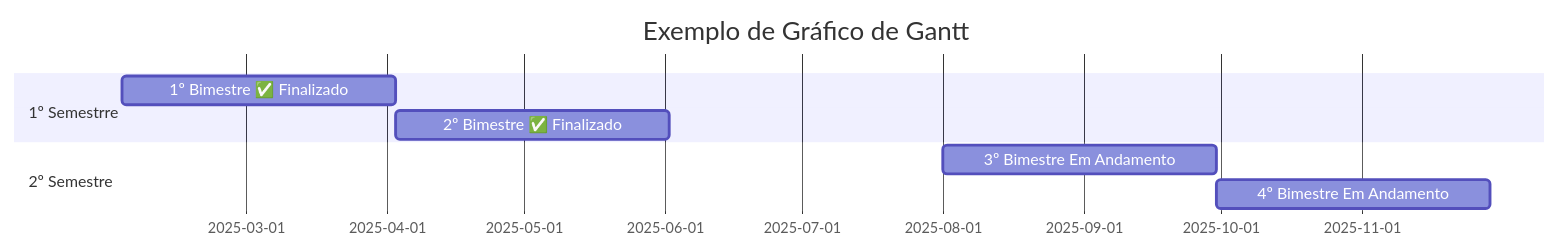
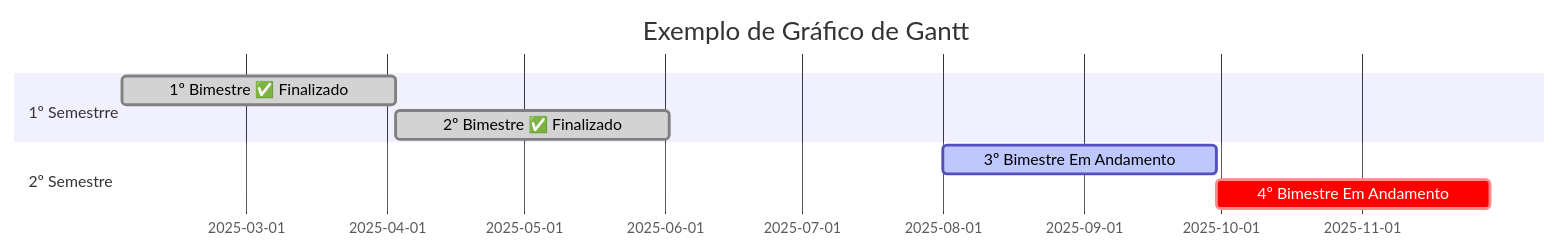
Before and after one commit to CristhianHatzman/grafico_g: the third of 3 diagrams in README.md, drawn with Mermaid.

````diff
--- a/README.md
+++ b/README.md
@@ -18,11 +18,11 @@
 ```mermaid
 gantt
   title Exemplo de Gráfico de Gantt
   dateFormat YYYY-MM-DD
   section 1º Semestrre
-  1º Bimestre ✅ Finalizado:a1, 2025-02-02, 60d
-  2º Bimestre ✅ Finalizado:a2, after a1, 60d
+  1º Bimestre ✅ Finalizado:done, a1, 2025-02-02, 60d
+  2º Bimestre ✅ Finalizado:done, a2, after a1, 60d
   section 2º Semestre
-  3º Bimestre Em Andamento: a3, 2025-08-01, 60d
-  4º Bimestre Em Andamento: a4, after a3, 60d
+  3º Bimestre Em Andamento:active, a3, 2025-08-01, 60d
+  4º Bimestre Em Andamento:crit,  a4, after a3, 60d
 ```
````
